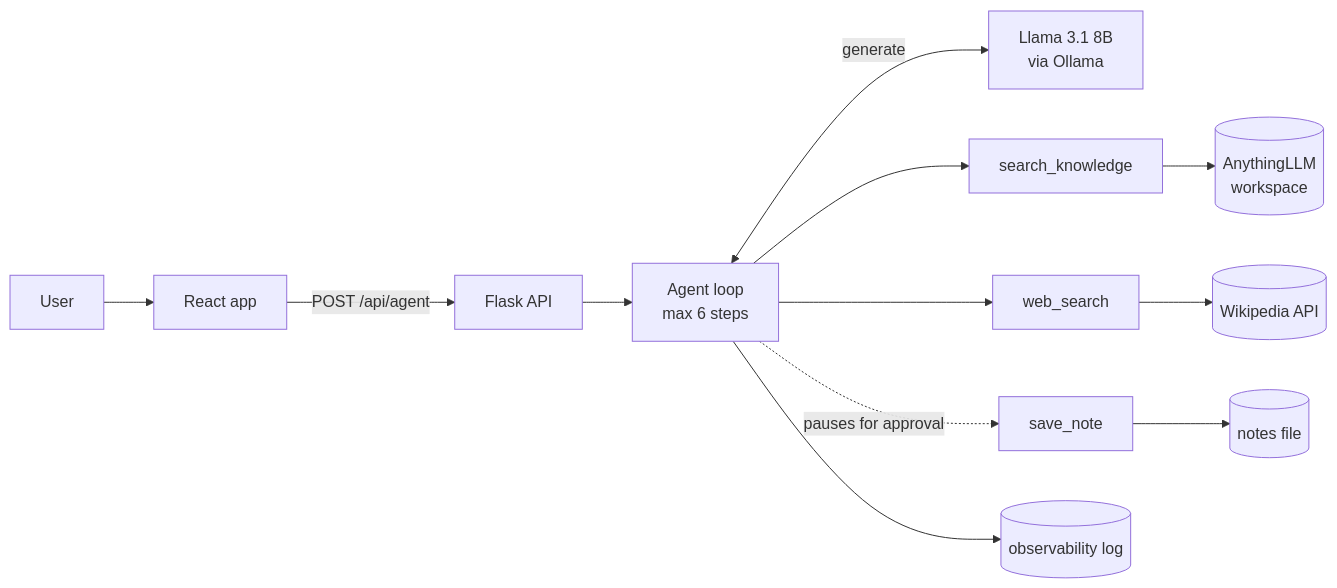
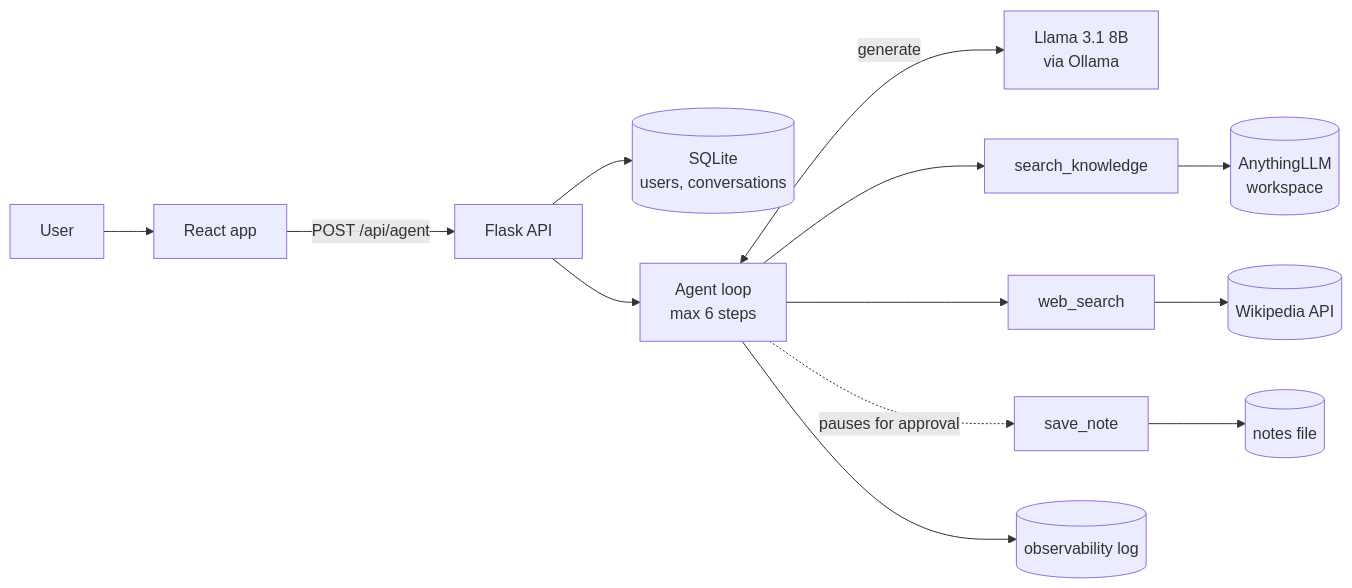
Before and after one commit to sttrackstar/RAG-ProjectB: the diagram in README.md, drawn with Mermaid. The commit also changed other lines of this file and 1 other file, not shown here.

````diff
--- a/README.md
+++ b/README.md
@@ -31,14 +32,15 @@
 ```mermaid
 flowchart LR
     U[User] --> UI[React app]
     UI -->|POST /api/agent| API[Flask API]
+    API --> DB[(SQLite<br/>users, conversations)]
     API --> LOOP[Agent loop<br/>max 6 steps]
     LOOP <-->|generate| LLM[Llama 3.1 8B<br/>via Ollama]
     LOOP --> SK[search_knowledge]
     LOOP --> WS[web_search]
     LOOP -.->|pauses for approval| SN[save_note]
     SK --> ALLM[(AnythingLLM<br/>workspace)]
     WS --> WIKI[(Wikipedia API)]
     SN --> NOTES[(notes file)]
     LOOP --> LOG[(observability log)]
 ```
````
